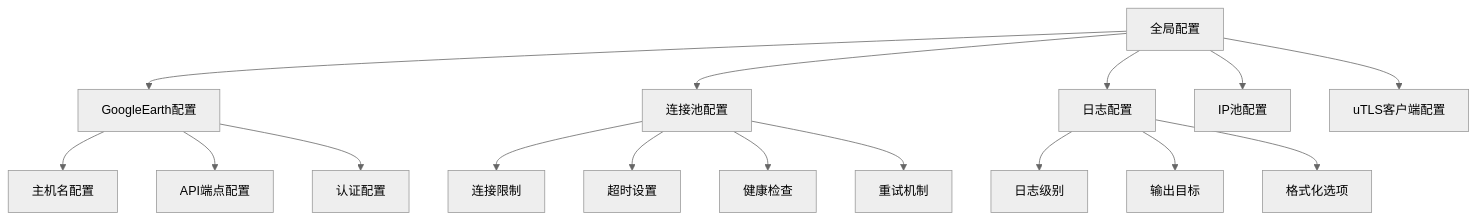
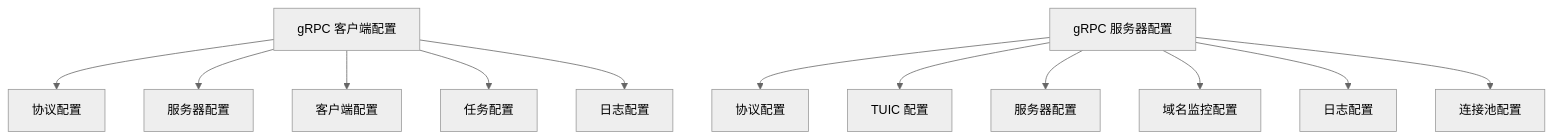
Before and after one commit to vistone/crawler-platform: the first of 3 diagrams in .qoder/repowiki/zh/content/配置管理/配置管理.md, drawn with Mermaid (neutral theme). The commit also changed other lines of this file and 40 other files, not shown here.

````diff
--- a/.qoder/repowiki/zh/content/配置管理/配置管理.md
+++ b/.qoder/repowiki/zh/content/配置管理/配置管理.md
@@ -41,18 +46,14 @@
 ```mermaid
 graph TD
-A[全局配置] --> B[GoogleEarth配置]
-A --> C[连接池配置]
-A --> D[日志配置]
-A --> E[IP池配置]
-A --> F[uTLS客户端配置]
-B --> B1[主机名配置]
-B --> B2[API端点配置]
-B --> B3[认证配置]
-C --> C1[连接限制]
-C --> C2[超时设置]
-C --> C3[健康检查]
-C --> C4[重试机制]
-D --> D1[日志级别]
-D --> D2[输出目标]
-D --> D3[格式化选项]
+A[gRPC 客户端配置] --> A1[协议配置]
+A --> A2[服务器配置]
+A --> A3[客户端配置]
+A --> A4[任务配置]
+A --> A5[日志配置]
+B[gRPC 服务器配置] --> B1[协议配置]
+B --> B2[TUIC 配置]
+B --> B3[服务器配置]
+B --> B4[域名监控配置]
+B --> B5[日志配置]
+B --> B6[连接池配置]
 ```
````
